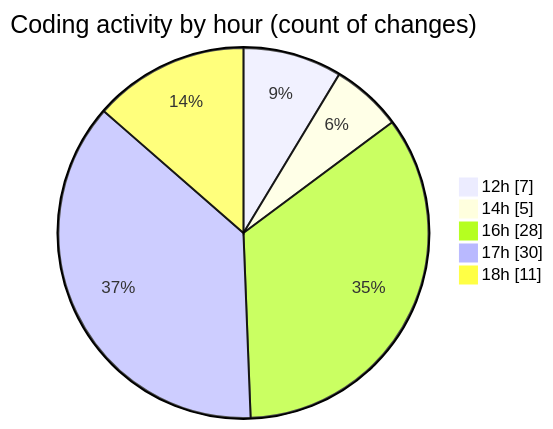
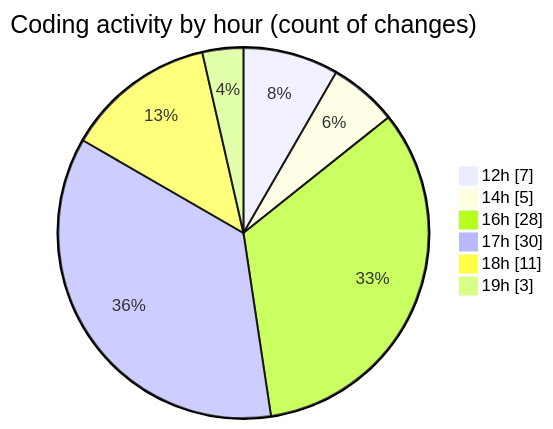
One commit to julien-gomy/code-tracking changed the second of 2 diagrams in 2025-10-06/eventscop-frontend-guide__workspace_/README.md. Above: the diagram before and after it, drawn with Mermaid. The commit also changed other lines of this file and 1 other file, not shown here.

````diff
--- a/2025-10-06/eventscop-frontend-guide__workspace_/README.md
+++ b/2025-10-06/eventscop-frontend-guide__workspace_/README.md
@@ -58,9 +59,10 @@
 ```mermaid
 pie showData
 title Coding activity by hour (count of changes)
 "12h" : 7
 "14h" : 5
 "16h" : 28
 "17h" : 30
 "18h" : 11
+"19h" : 3
 ```
````
